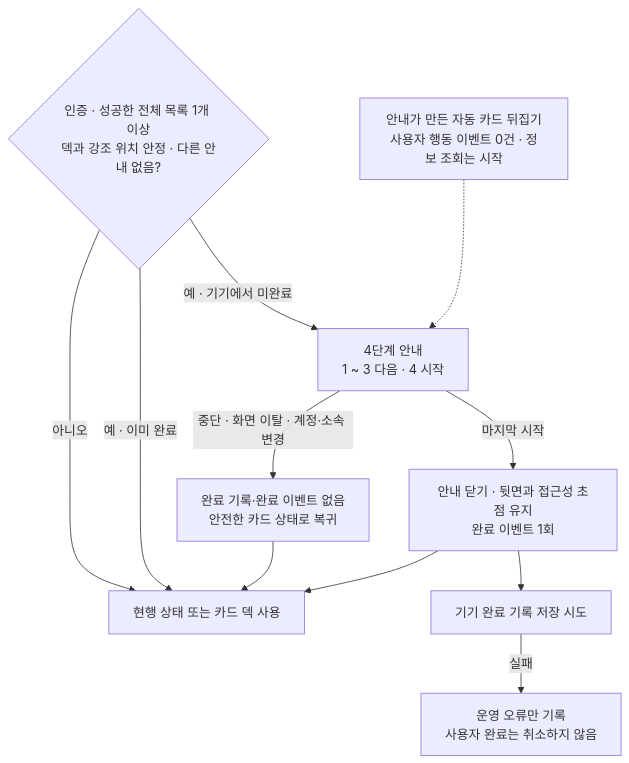
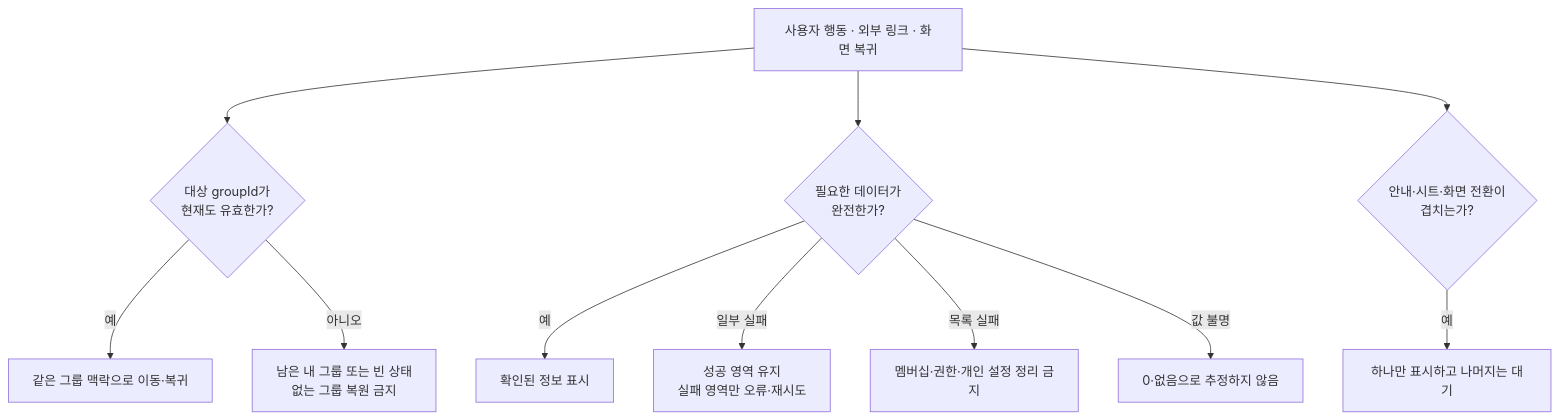
Before and after one commit to OneOrThree/phone: the fifth of 5 diagrams in docs/prd/group/information-architecture.md, drawn with Mermaid. The commit also changed other lines of this file and 17 other files, not shown here.

````diff
--- a/docs/prd/group/information-architecture.md
+++ b/docs/prd/group/information-architecture.md
@@ -89,16 +162,15 @@
 ```mermaid
 flowchart TD
-    ELIGIBLE{"인증 · 성공한 전체 목록 1개 이상<br/>덱과 강조 위치 안정 · 다른 안내 없음?"}
-    ELIGIBLE -->|아니오| USE["현행 상태 또는 카드 덱 사용"]
-    ELIGIBLE -->|예 · 기기에서 미완료| GUIDE["4단계 안내<br/>1 ~ 3 다음 · 4 시작"]
-    ELIGIBLE -->|예 · 이미 완료| USE
+    Action["사용자 행동 · 외부 링크 · 화면 복귀"] --> Target{"대상 groupId가<br/>현재도 유효한가?"}
+    Target -->|예| Keep["같은 그룹 맥락으로 이동·복귀"]
+    Target -->|아니오| Fallback["남은 내 그룹 또는 빈 상태<br/>없는 그룹 복원 금지"]
 
-    GUIDE -->|중단 · 화면 이탈 · 계정·소속 변경| INTERRUPT["완료 기록·완료 이벤트 없음<br/>안전한 카드 상태로 복귀"]
-    INTERRUPT --> USE
-    GUIDE -->|마지막 시작| COMPLETE_GUIDE["안내 닫기 · 뒷면과 접근성 초점 유지<br/>완료 이벤트 1회"]
-    COMPLETE_GUIDE --> USE
-    COMPLETE_GUIDE --> PERSIST["기기 완료 기록 저장 시도"]
-    PERSIST -->|실패| TELEMETRY["운영 오류만 기록<br/>사용자 완료는 취소하지 않음"]
+    Action --> Data{"필요한 데이터가<br/>완전한가?"}
+    Data -->|예| Show["확인된 정보 표시"]
+    Data -->|일부 실패| Partial["성공 영역 유지<br/>실패 영역만 오류·재시도"]
+    Data -->|목록 실패| NoGuess["멤버십·권한·개인 설정 정리 금지"]
+    Data -->|값 불명| Unknown["0·없음으로 추정하지 않음"]
 
-    DEMO["안내가 만든 자동 카드 뒤집기<br/>사용자 행동 이벤트 0건 · 정보 조회는 시작"] -.-> GUIDE
+    Action --> Overlay{"안내·시트·화면 전환이<br/>겹치는가?"}
+    Overlay -->|예| Queue["하나만 표시하고 나머지는 대기"]
 ```
````
